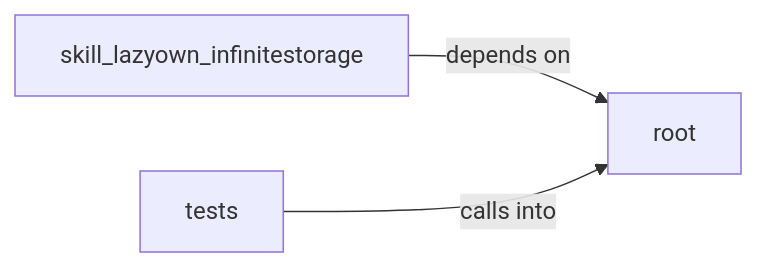
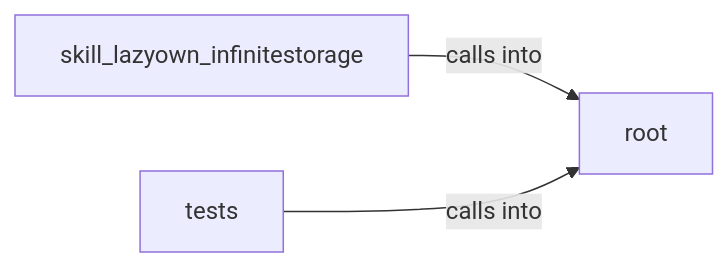
One commit to grisuno/LazyOwnInfiniteStorage changed the diagram in readmenator-diagrams/root.md. Above: the diagram before and after it, drawn with Mermaid. The commit also changed other lines of this file and 86 other files, not shown here.

````diff
--- a/readmenator-diagrams/root.md
+++ b/readmenator-diagrams/root.md
@@ -5,8 +5,8 @@
 ```mermaid
 graph LR
     root["root"]
     skill_lazyown_infinitestorage["skill_lazyown_infinitestorage"]
     tests["tests"]
-    skill_lazyown_infinitestorage -- "depends on" --> root
+    skill_lazyown_infinitestorage -- "calls into" --> root
     tests -- "calls into" --> root
 ```
````
